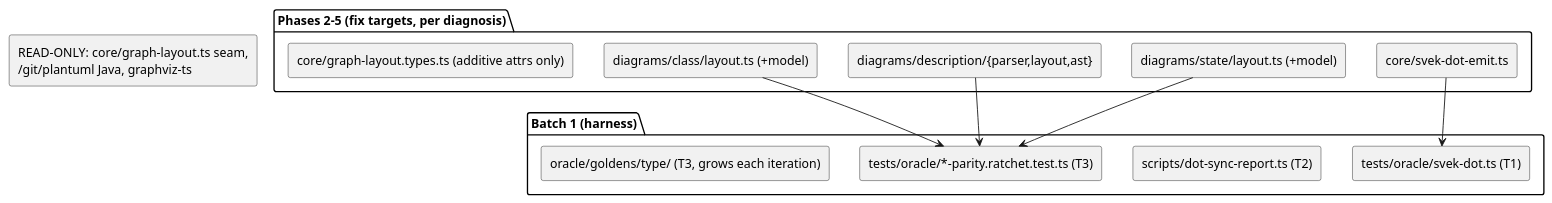
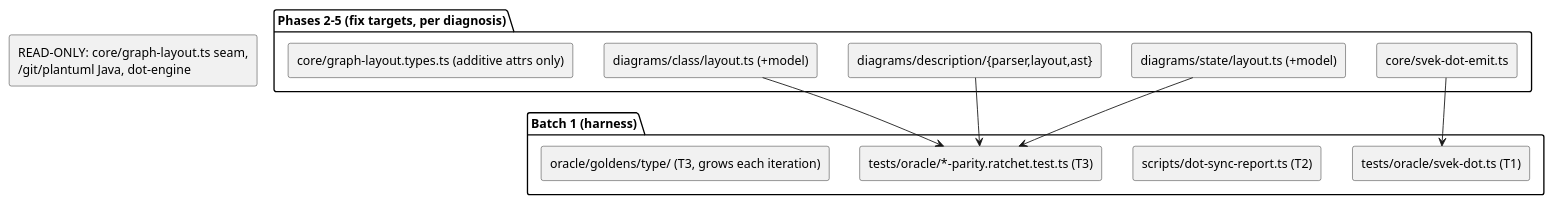
The diagram in plans/dot-oracle-sync/diagrams/component-map.md (knowvah/plantuml-ts), drawn with PlantUML before and after one commit. The commit also changed other lines of this file and 111 other files, not shown here.

First line of the commit message:
docs: call the layout engine dot-engine throughout

````diff
--- a/plans/dot-oracle-sync/diagrams/component-map.md
+++ b/plans/dot-oracle-sync/diagrams/component-map.md
@@ -3,28 +3,28 @@
 ```plantuml
 @startuml
 skinparam componentStyle rectangle
 skinparam shadowing false
 
 package "Batch 1 (harness)" {
   [tests/oracle/svek-dot.ts (T1)] as SD
   [scripts/dot-sync-report.ts (T2)] as RP
   [tests/oracle/*-parity.ratchet.test.ts (T3)] as RT
   [oracle/goldens/type/ (T3, grows each iteration)] as GO
 }
 
 package "Phases 2–5 (fix targets, per diagnosis)" {
   [diagrams/description/{parser,layout,ast}] as DP
   [diagrams/class/layout.ts (+model)] as CP
   [diagrams/state/layout.ts (+model)] as SP
   [core/svek-dot-emit.ts] as EM
   [core/graph-layout.types.ts (additive attrs only)] as GT
 }
 
-[READ-ONLY: core/graph-layout.ts seam,\n~/git/plantuml Java, graphviz-ts] as RO
+[READ-ONLY: core/graph-layout.ts seam,\n~/git/plantuml Java, dot-engine] as RO
 
 DP --> RT
 CP --> RT
 SP --> RT
 EM --> SD
 @enduml
 ```
````
